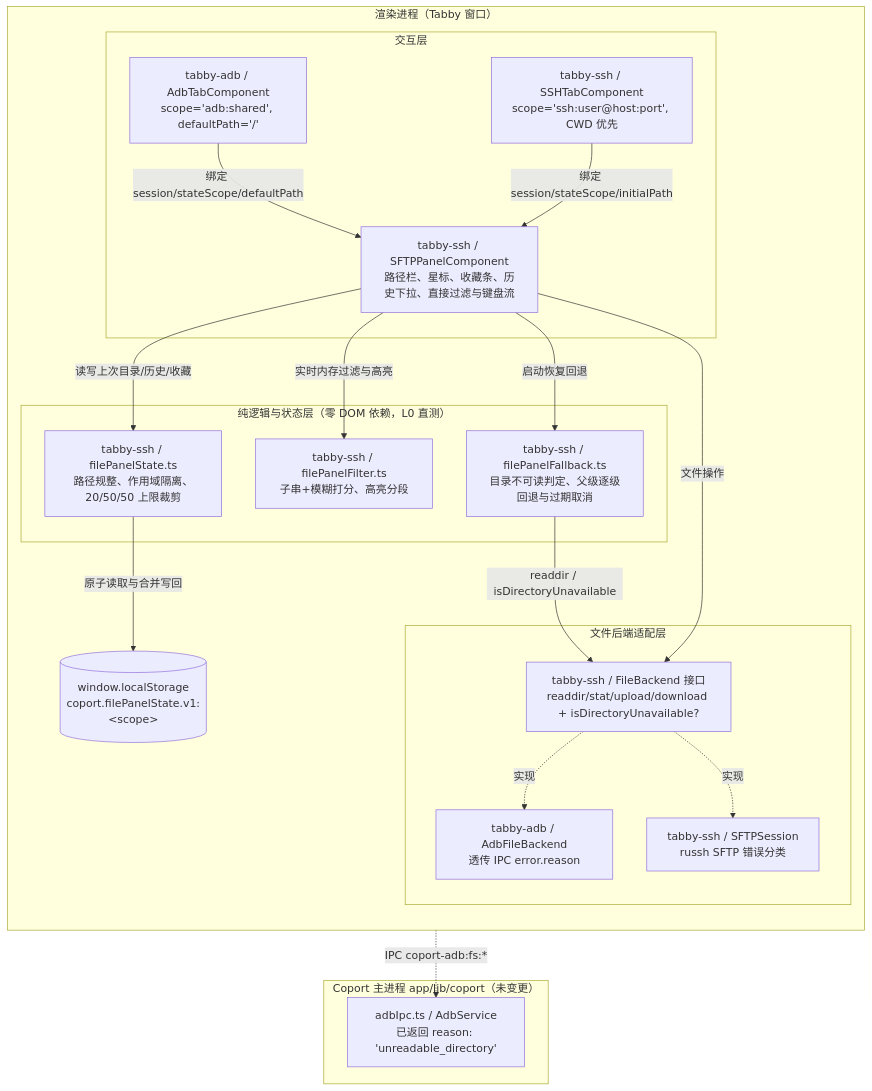
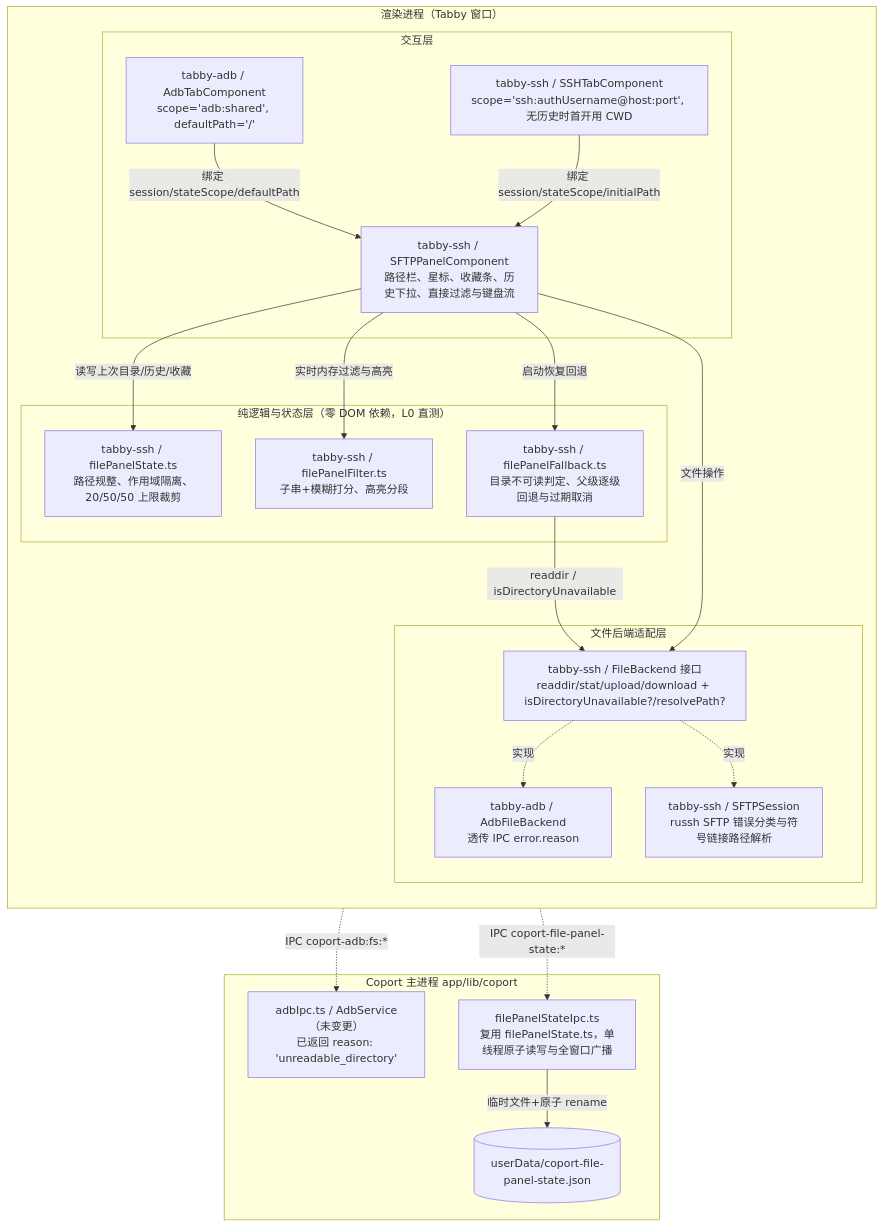
The first of 3 diagrams in docs/specs/file-panel-navigation.md (UberPrinz/coport), drawn with Mermaid before and after one commit. The commit also changed other lines of this file and 12 other files, not shown here.

Commit message:
fix(coport): address round-2 review findings for file panel navigation

````diff
--- a/docs/specs/file-panel-navigation.md
+++ b/docs/specs/file-panel-navigation.md
@@ -39,37 +39,39 @@
 ```mermaid
 flowchart TB
     subgraph REN["渲染进程（Tabby 窗口）"]
         direction TB
         subgraph UI["交互层"]
             ADBTAB["tabby-adb / AdbTabComponent<br/>scope='adb:shared', defaultPath='/'"]
-            SSHTAB["tabby-ssh / SSHTabComponent<br/>scope='ssh:user@host:port', CWD 优先"]
+            SSHTAB["tabby-ssh / SSHTabComponent<br/>scope='ssh:authUsername@host:port', 无历史时首开用 CWD"]
             PANEL["tabby-ssh / SFTPPanelComponent<br/>路径栏、星标、收藏条、历史下拉、直接过滤与键盘流"]
         end
         subgraph LOGIC["纯逻辑与状态层（零 DOM 依赖，L0 直测）"]
             STATE["tabby-ssh / filePanelState.ts<br/>路径规整、作用域隔离、20/50/50 上限裁剪"]
             FILTER["tabby-ssh / filePanelFilter.ts<br/>子串+模糊打分、高亮分段"]
             FALLBACK["tabby-ssh / filePanelFallback.ts<br/>目录不可读判定、父级逐级回退与过期取消"]
         end
         subgraph BACKEND["文件后端适配层"]
-            IFACE["tabby-ssh / FileBackend 接口<br/>readdir/stat/upload/download + isDirectoryUnavailable?"]
+            IFACE["tabby-ssh / FileBackend 接口<br/>readdir/stat/upload/download + isDirectoryUnavailable?/resolvePath?"]
             ADBFB["tabby-adb / AdbFileBackend<br/>透传 IPC error.reason"]
-            SFTPS["tabby-ssh / SFTPSession<br/>russh SFTP 错误分类"]
+            SFTPS["tabby-ssh / SFTPSession<br/>russh SFTP 错误分类与符号链接路径解析"]
         end
-        STORE[("window.localStorage<br/>coport.filePanelState.v1:&lt;scope&gt;")]
 
         ADBTAB -->|"绑定 session/stateScope/defaultPath"| PANEL
         SSHTAB -->|"绑定 session/stateScope/initialPath"| PANEL
         PANEL -->|"读写上次目录/历史/收藏"| STATE
         PANEL -->|"实时内存过滤与高亮"| FILTER
         PANEL -->|"启动恢复回退"| FALLBACK
         FALLBACK -->|"readdir / isDirectoryUnavailable"| IFACE
         PANEL -->|"文件操作"| IFACE
         IFACE -.->|"实现"| ADBFB
         IFACE -.->|"实现"| SFTPS
-        STATE -->|"原子读取与合并写回"| STORE
     end
-    subgraph MAIN["Coport 主进程 app/lib/coport（未变更）"]
-        AIPC["adbIpc.ts / AdbService<br/>已返回 reason: 'unreadable_directory'"]
+    subgraph MAIN["Coport 主进程 app/lib/coport"]
+        AIPC["adbIpc.ts / AdbService（未变更）<br/>已返回 reason: 'unreadable_directory'"]
+        FIPC["filePanelStateIpc.ts<br/>复用 filePanelState.ts，单线程原子读写与全窗口广播"]
+        STORE[("userData/coport-file-panel-state.json")]
+        FIPC -->|"临时文件+原子 rename"| STORE
     end
     ADBFB -.->|"IPC coport-adb:fs:*"| AIPC
+    STATE -.->|"IPC coport-file-panel-state:*"| FIPC
 ```
````
